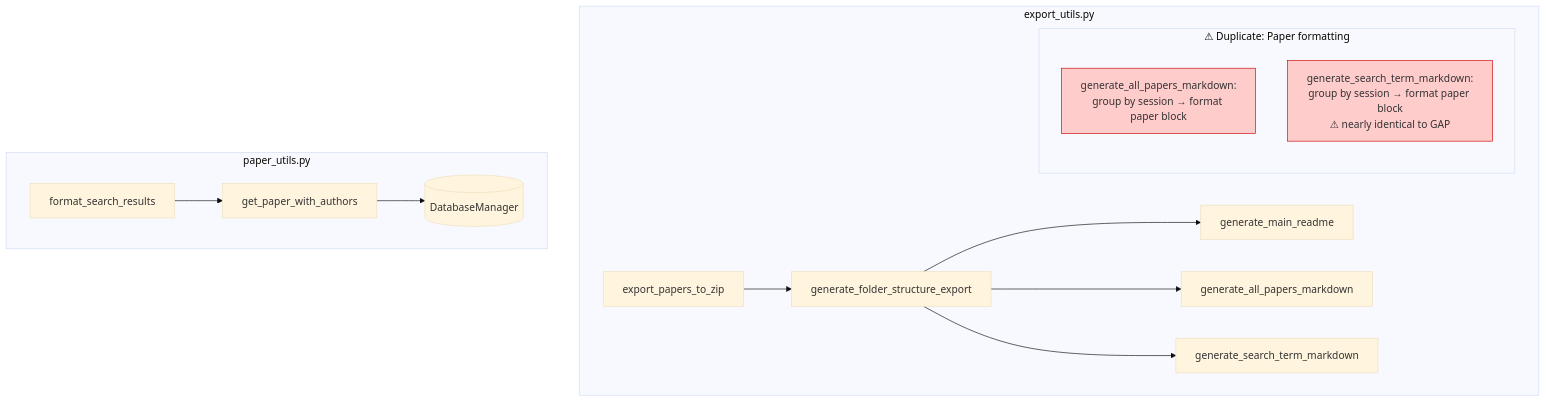
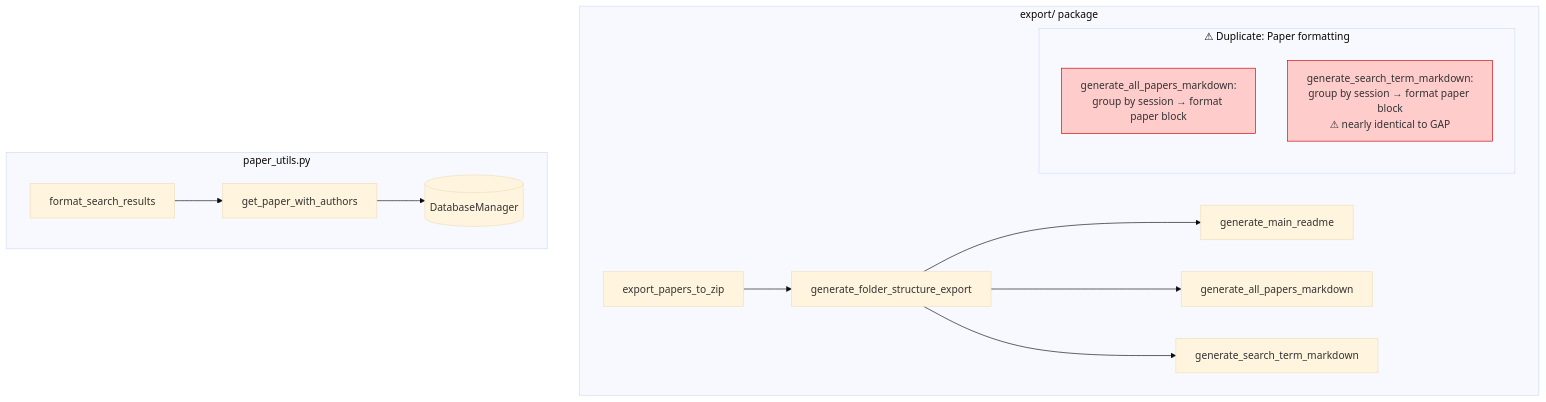
The eighth of 9 diagrams in docs/architecture.md (thawn/abstracts-explorer), drawn with Mermaid (base theme) before and after one commit. The commit also changed other lines of this file and 4 other files, not shown here.

````diff
--- a/docs/architecture.md
+++ b/docs/architecture.md
@@ -481,22 +462,22 @@
 ```{mermaid}
 graph TD
-    subgraph "export_utils.py"
+    subgraph "export/ package"
         EXP["export_papers_to_zip"] --> GFS["generate_folder_structure_export"]
         GFS --> GMR["generate_main_readme"]
         GFS --> GAP["generate_all_papers_markdown"]
         GFS --> GST["generate_search_term_markdown"]
 
         subgraph "⚠ Duplicate: Paper formatting"
             GAP_F["generate_all_papers_markdown:<br/>group by session → format paper block"]
             GST_F["generate_search_term_markdown:<br/>group by session → format paper block<br/>⚠ nearly identical to GAP"]
         end
     end
 
     subgraph "paper_utils.py"
         GPA["get_paper_with_authors"] --> DB[(DatabaseManager)]
         FSR["format_search_results"] --> GPA
     end
 
     style GAP_F fill:#ffcccc,stroke:#cc0000
     style GST_F fill:#ffcccc,stroke:#cc0000
 ```
````
